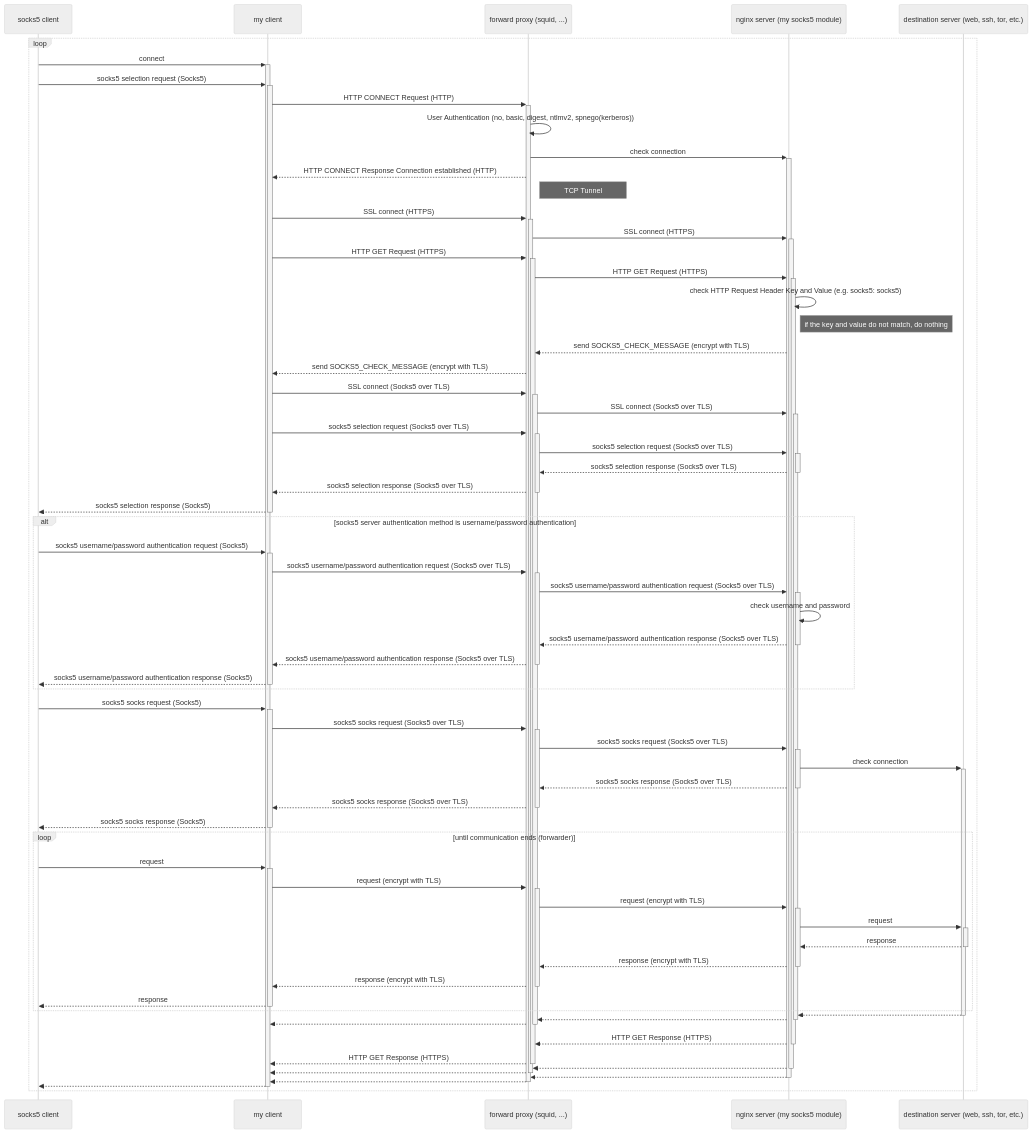
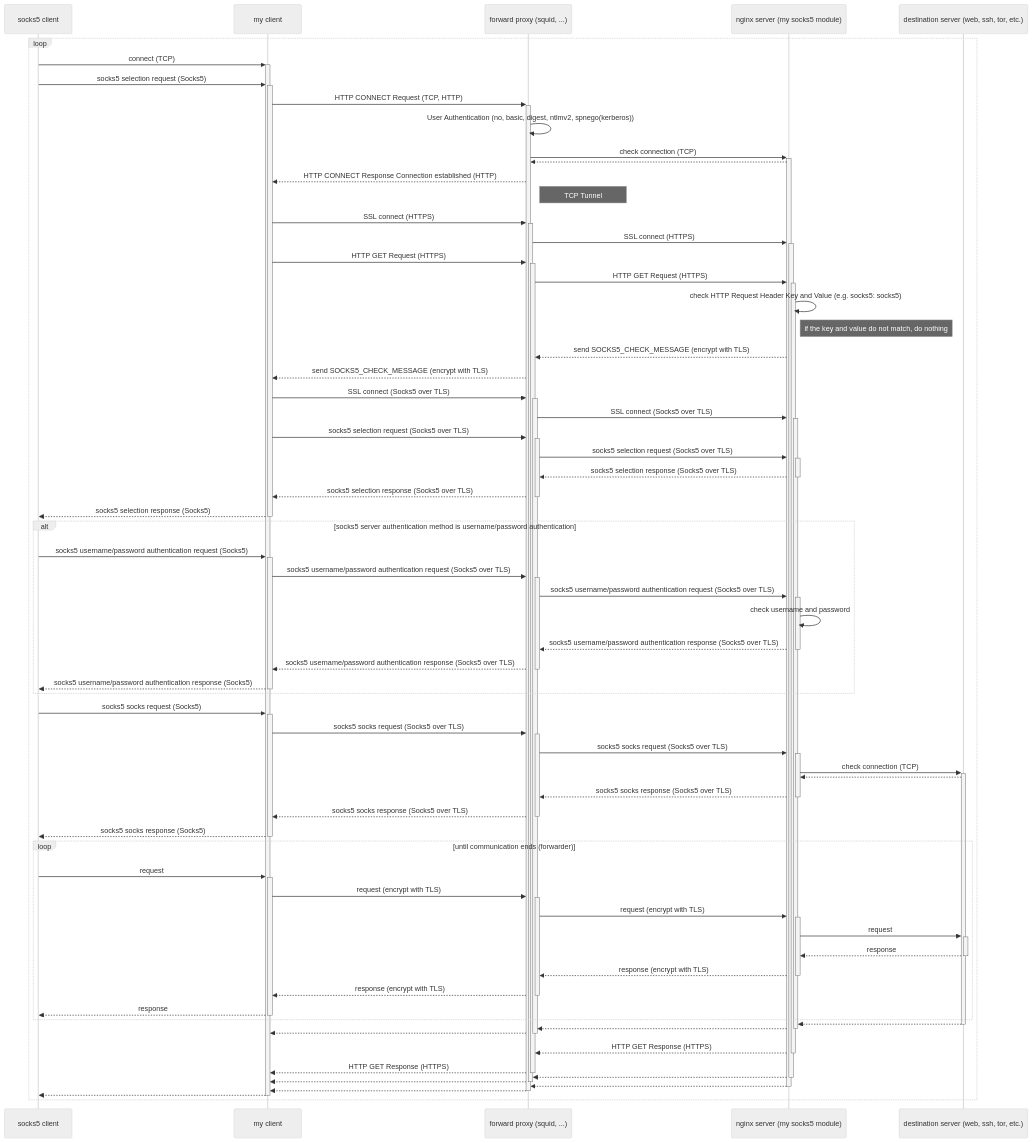
The third of 4 diagrams in README.md (shuichiro-endo/socks5-nginx-module-v2), drawn with Mermaid (neutral theme) before and after one commit. The commit also changed other lines of this file and 3 other files, not shown here.

````diff
--- a/README.md
+++ b/README.md
@@ -59,68 +122,70 @@
 ```mermaid
 sequenceDiagram
     participant A as socks5 client
     participant B as my client
     participant C as forward proxy (squid, ...)
     participant D as nginx server (my socks5 module)
     participant E as destination server (web, ssh, tor, etc.)
     loop 
-        A->>+B: connect
+        A->>+B: connect (TCP)
         A->>+B: socks5 selection request (Socks5)
-        B->>+C: HTTP CONNECT Request (HTTP)
+        B->>+C: HTTP CONNECT Request (TCP, HTTP)
         C->>C: User Authentication (no, basic, digest, ntlmv2, spnego(kerberos))
-        C->>+D: check connection
+        C->>+D: check connection (TCP)
+        D-->>C: 
         C-->>B: HTTP CONNECT Response Connection established (HTTP)
         note right of C: TCP Tunnel
         B->>+C: SSL connect (HTTPS)
         C->>+D: SSL connect (HTTPS)
         B->>+C: HTTP GET Request (HTTPS)
         C->>+D: HTTP GET Request (HTTPS)
         D->>D: check HTTP Request Header Key and Value (e.g. socks5: socks5)
         note right of D: if the key and value do not match, do nothing
         D-->>C: send SOCKS5_CHECK_MESSAGE (encrypt with TLS)
         C-->>B: send SOCKS5_CHECK_MESSAGE (encrypt with TLS)
         B->>+C: SSL connect (Socks5 over TLS)
         C->>+D: SSL connect (Socks5 over TLS)
         B->>+C: socks5 selection request (Socks5 over TLS)
         C->>+D: socks5 selection request (Socks5 over TLS)
         D-->>-C: socks5 selection response (Socks5 over TLS)
         C-->>-B: socks5 selection response (Socks5 over TLS)
         B-->>-A: socks5 selection response (Socks5)
         alt socks5 server authentication method is username/password authentication
         A->>+B: socks5 username/password authentication request (Socks5)
         B->>+C: socks5 username/password authentication request (Socks5 over TLS)
         C->>+D: socks5 username/password authentication request (Socks5 over TLS)
         D->>D: check username and password
         D-->>-C: socks5 username/password authentication response (Socks5 over TLS)
         C-->>-B: socks5 username/password authentication response (Socks5 over TLS)
         B-->>-A: socks5 username/password authentication response (Socks5)
         end
         A->>+B: socks5 socks request (Socks5)
         B->>+C: socks5 socks request (Socks5 over TLS)
         C->>+D: socks5 socks request (Socks5 over TLS)
-        D->>+E: check connection
+        D->>+E: check connection (TCP)
+        E-->>D: 
         D-->>-C: socks5 socks response (Socks5 over TLS)
         C-->>-B: socks5 socks response (Socks5 over TLS)
         B-->>-A: socks5 socks response (Socks5)
         loop until communication ends (forwarder)
             A->>+B: request
             B->>+C: request (encrypt with TLS)
             C->>+D: request (encrypt with TLS)
             D->>+E: request
             E-->>-D: response
             D-->>-C: response (encrypt with TLS)
             C-->>-B: response (encrypt with TLS)
             B-->>-A: response
         end
         E-->>-D: 
         D-->>-C: 
         C-->>-B: 
         D-->>-C: HTTP GET Response (HTTPS)
         C-->>-B: HTTP GET Response (HTTPS)
         D-->>-C: 
         C-->>-B: 
         D-->>-C: 
         C-->>-B: 
         B-->>-A: 
     end
 ```
````
